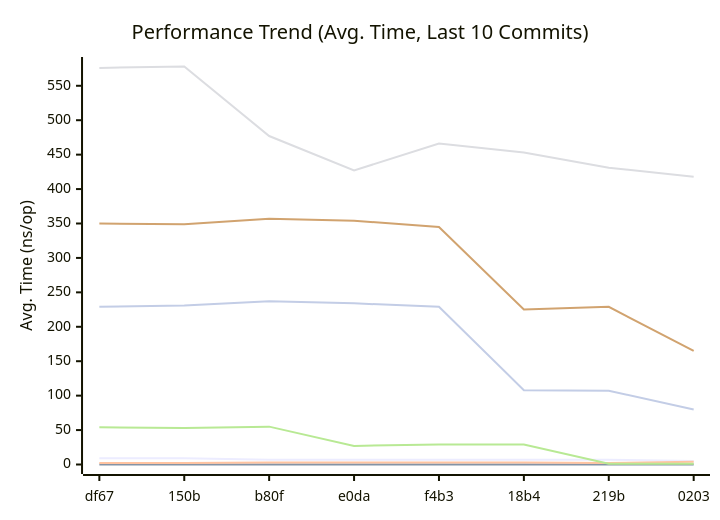
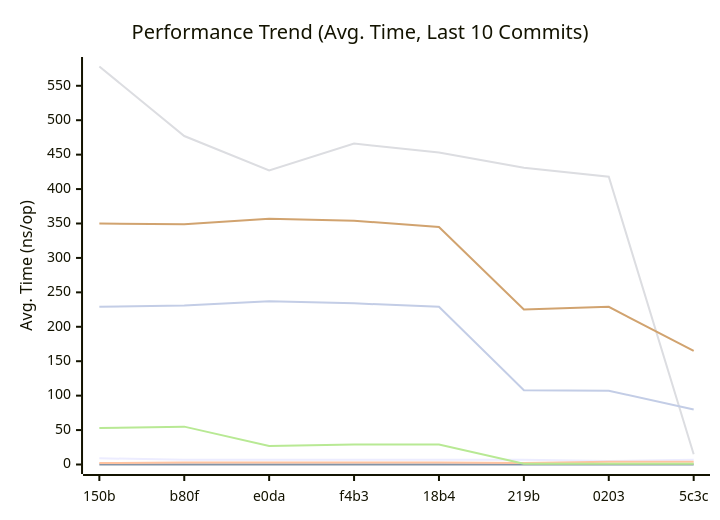
The first of 3 diagrams in docs/README.md (alsotoes/momo), drawn with Mermaid before and after one commit. The commit also changed other lines of this file and 1 other file, not shown here.

````diff
--- a/docs/README.md
+++ b/docs/README.md
@@ -187,14 +187,14 @@
 ```mermaid
 xychart-beta
     title "Performance Trend (Avg. Time, Last 10 Commits)"
     x-axis "Commit"
     y-axis "Avg. Time (ns/op)"
-    x-axis [df67,150b,b80f,e0da,f4b3,18b4,219b,0203]
-    line "CheckMetricsAndSwap" [9,9,7,7,7,7,7,5,7,7]
+    x-axis [150b,b80f,e0da,f4b3,18b4,219b,0203,5c3c]
+    line "CheckMetricsAndSwap" [9,7,7,7,7,7,5,7,7,7]
     line "IndexDirectTracking" [0,0,0,0,0,0,0,0,0,0]
-    line "IndexSearch" [2,2,3,3,3,3,2,4,4,4]
-    line "LoadGlobalConfig" [576,578,477,427,466,453,431,418,15,6]
-    line "PadString" [54,53,55,27,29,29,1,1,1,1]
+    line "IndexSearch" [2,3,3,3,3,2,4,4,4,4]
+    line "LoadGlobalConfig" [578,477,427,466,453,431,418,15,6,20]
+    line "PadString" [53,55,27,29,29,1,1,1,1,1]
     line "ParseReplicationOrder_NoPrealloc" [350,349,357,354,345,225,229,165,232,234]
     line "ParseReplicationOrder_Prealloc" [229,231,237,234,229,108,107,80,110,109]
 ```
````
